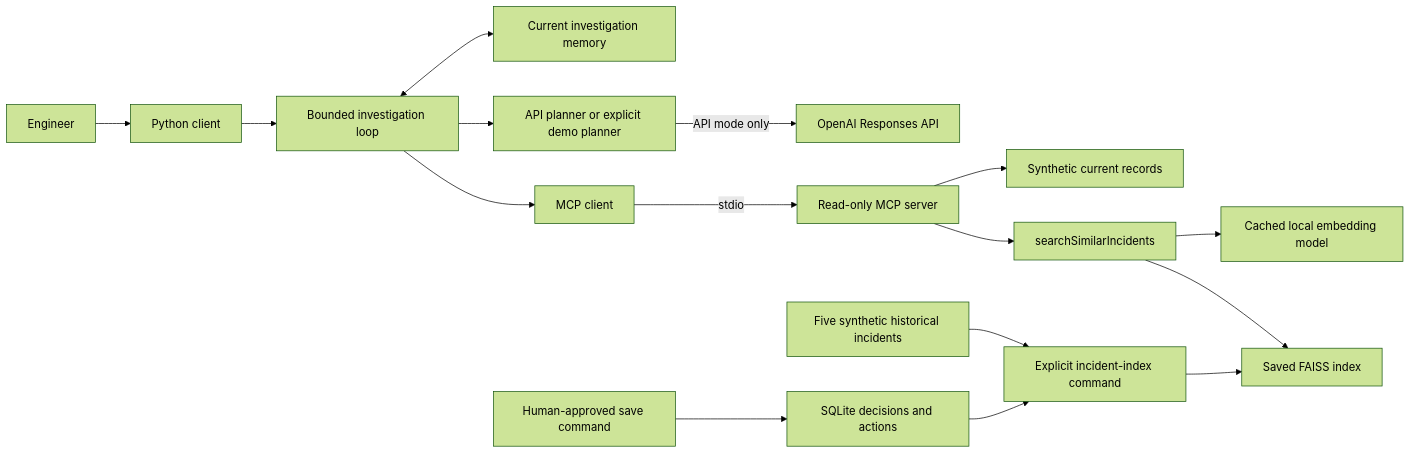
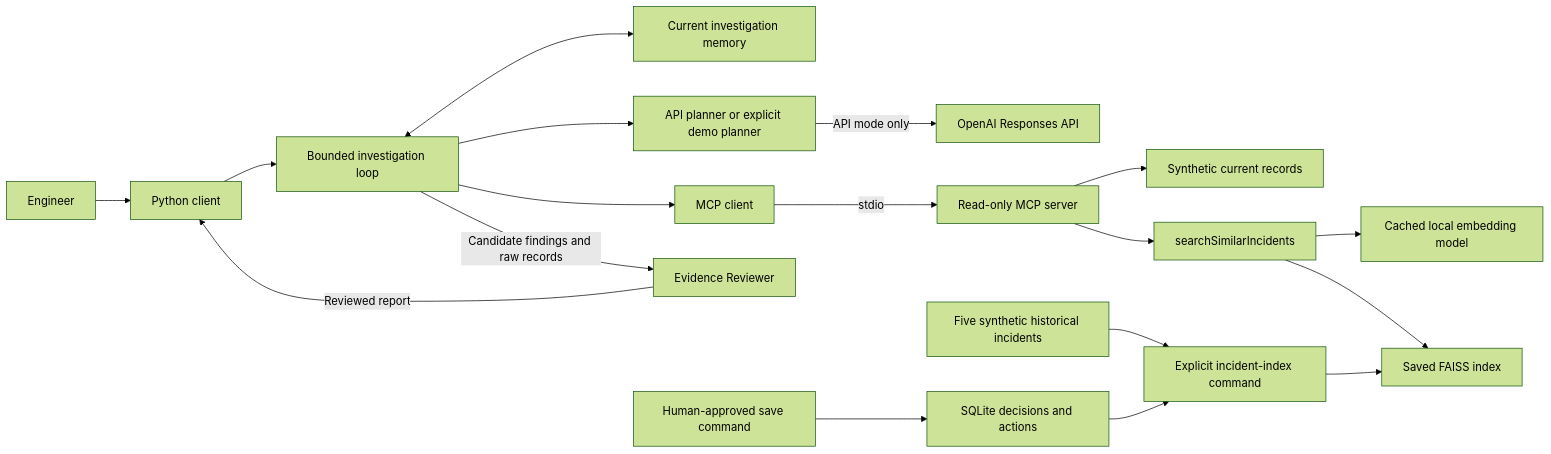
The diagram in docs/architecture.md (SthotaS/incident-investigation-agent), drawn with Mermaid (forest theme) before and after one commit. The commit also changed other lines of this file and 14 other files, not shown here.

Commit message:
Add rule-based Evidence Reviewer

````diff
--- a/docs/architecture.md
+++ b/docs/architecture.md
@@ -3,18 +3,20 @@
 ```mermaid
 flowchart LR
     Engineer --> Client[Python client]
     Client --> Loop[Bounded investigation loop]
     Loop <--> Memory[Current investigation memory]
     Loop --> Planner[API planner or explicit demo planner]
     Planner -->|API mode only| API[OpenAI Responses API]
     Loop --> Gateway[MCP client]
+    Loop -->|Candidate findings and raw records| Review[Evidence Reviewer]
+    Review -->|Reviewed report| Client
     Gateway -->|stdio| Server[Read-only MCP server]
     Server --> Current[Synthetic current records]
     Server --> Search[searchSimilarIncidents]
     Search --> Embed[Cached local embedding model]
     Search --> Index[Saved FAISS index]
     Build[Explicit incident-index command] --> Index
     Past[Five synthetic historical incidents] --> Build
     HumanSave[Human-approved save command] --> DB[SQLite decisions and actions]
     DB --> Build
 ```
````
